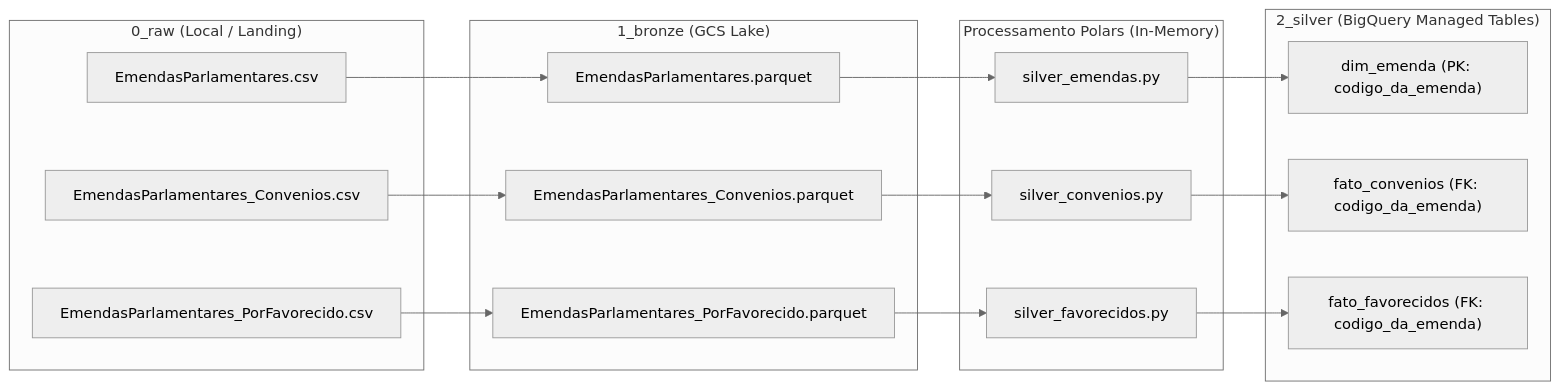
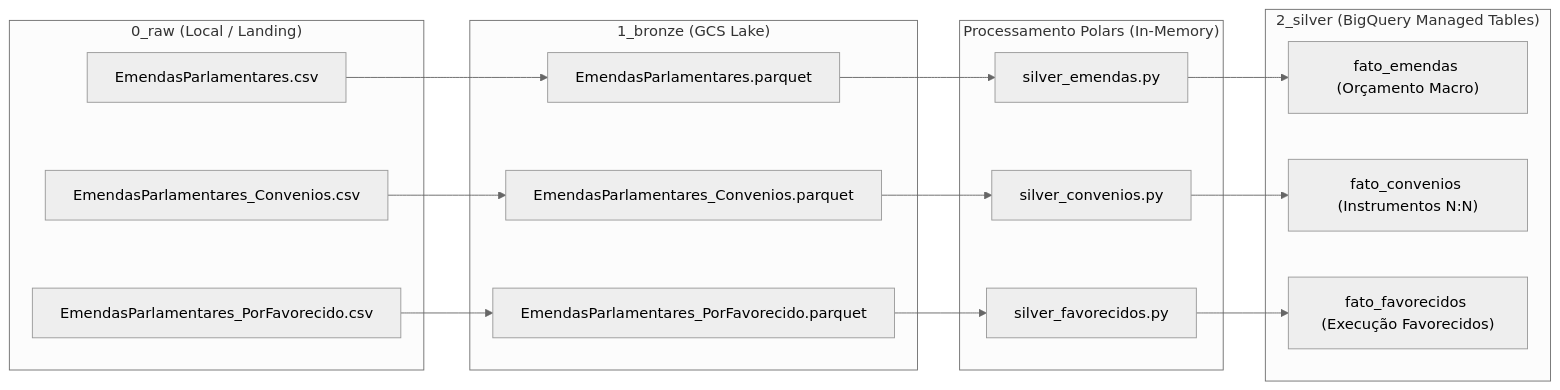
One commit to OGgbarbosa/etl-emendas-parlamentares-brasil-gcp changed the diagram in README.md. Above: the diagram before and after it, drawn with Mermaid (neutral theme). The commit also changed other lines of this file and 5 other files, not shown here.

Commit message:
feat(silver): transformar dim_emenda em fato_emendas com metricas orcamentarias

````diff
--- a/README.md
+++ b/README.md
@@ -27,34 +27,34 @@
 ```mermaid
 flowchart LR
     subgraph RawZone ["0_raw (Local / Landing)"]
         CSV_E["EmendasParlamentares.csv"]
         CSV_C["EmendasParlamentares_Convenios.csv"]
         CSV_F["EmendasParlamentares_PorFavorecido.csv"]
     end
 
     subgraph BronzeZone ["1_bronze (GCS Lake)"]
         B_E["EmendasParlamentares.parquet"]
         B_C["EmendasParlamentares_Convenios.parquet"]
         B_F["EmendasParlamentares_PorFavorecido.parquet"]
     end
 
     subgraph Processing ["Processamento Polars (In-Memory)"]
         Proc_E["silver_emendas.py"]
         Proc_C["silver_convenios.py"]
         Proc_F["silver_favorecidos.py"]
     end
 
     subgraph DWH ["2_silver (BigQuery Managed Tables)"]
-        S_DIM["dim_emenda (PK: codigo_da_emenda)"]
-        S_CONV["fato_convenios (FK: codigo_da_emenda)"]
-        S_FAV["fato_favorecidos (FK: codigo_da_emenda)"]
+        S_EMENDA["fato_emendas (Orçamento Macro)"]
+        S_CONV["fato_convenios (Instrumentos N:N)"]
+        S_FAV["fato_favorecidos (Execução Favorecidos)"]
     end
 
     CSV_E --> B_E
     CSV_C --> B_C
     CSV_F --> B_F
 
-    B_E --> Proc_E --> S_DIM
+    B_E --> Proc_E --> S_EMENDA
     B_C --> Proc_C --> S_CONV
     B_F --> Proc_F --> S_FAV
 ```
````
